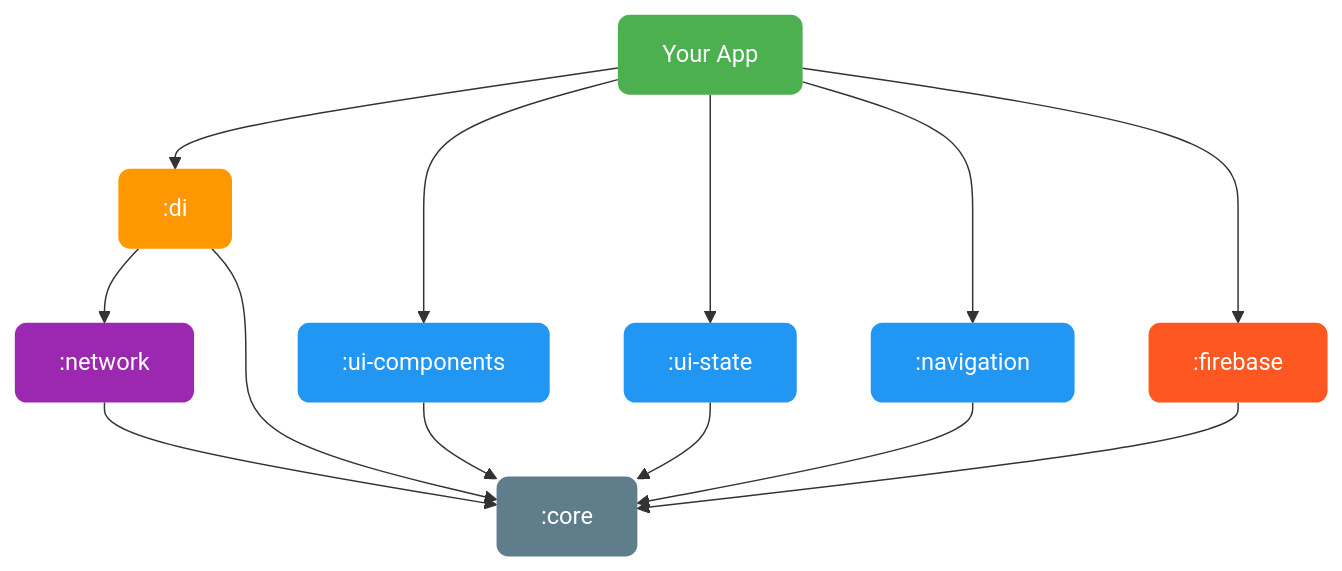
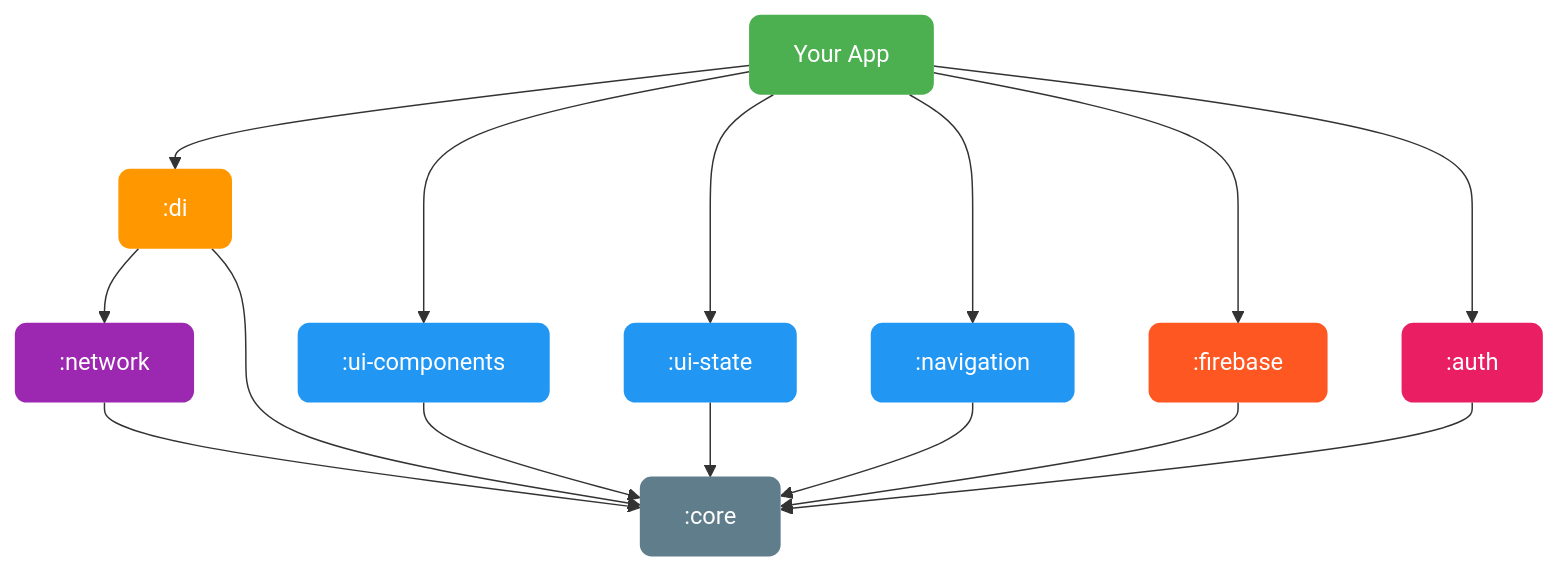
The first of 2 diagrams in README.md (wahidabd/miru-sdk), drawn with Mermaid before and after one commit. The commit also changed other lines of this file and 13 other files, not shown here.

````diff
--- a/README.md
+++ b/README.md
@@ -41,25 +42,28 @@
 ```mermaid
 graph TD
     APP[Your App] --> DI[":di"]
     APP --> UI[":ui-components"]
     APP --> STATE[":ui-state"]
     APP --> NAV[":navigation"]
     APP --> FB[":firebase"]
+    APP --> AUTH[":auth"]
 
     DI --> NETWORK[":network"]
     DI --> CORE[":core"]
+    AUTH --> CORE
     FB --> CORE
     UI --> CORE
     STATE --> CORE
     NAV --> CORE
     NETWORK --> CORE
 
     style APP fill:#4CAF50,color:#fff,stroke:none,rx:8
     style DI fill:#FF9800,color:#fff,stroke:none,rx:8
+    style AUTH fill:#E91E63,color:#fff,stroke:none,rx:8
     style FB fill:#FF5722,color:#fff,stroke:none,rx:8
     style UI fill:#2196F3,color:#fff,stroke:none,rx:8
     style STATE fill:#2196F3,color:#fff,stroke:none,rx:8
     style NAV fill:#2196F3,color:#fff,stroke:none,rx:8
     style NETWORK fill:#9C27B0,color:#fff,stroke:none,rx:8
     style CORE fill:#607D8B,color:#fff,stroke:none,rx:8
 ```
````
